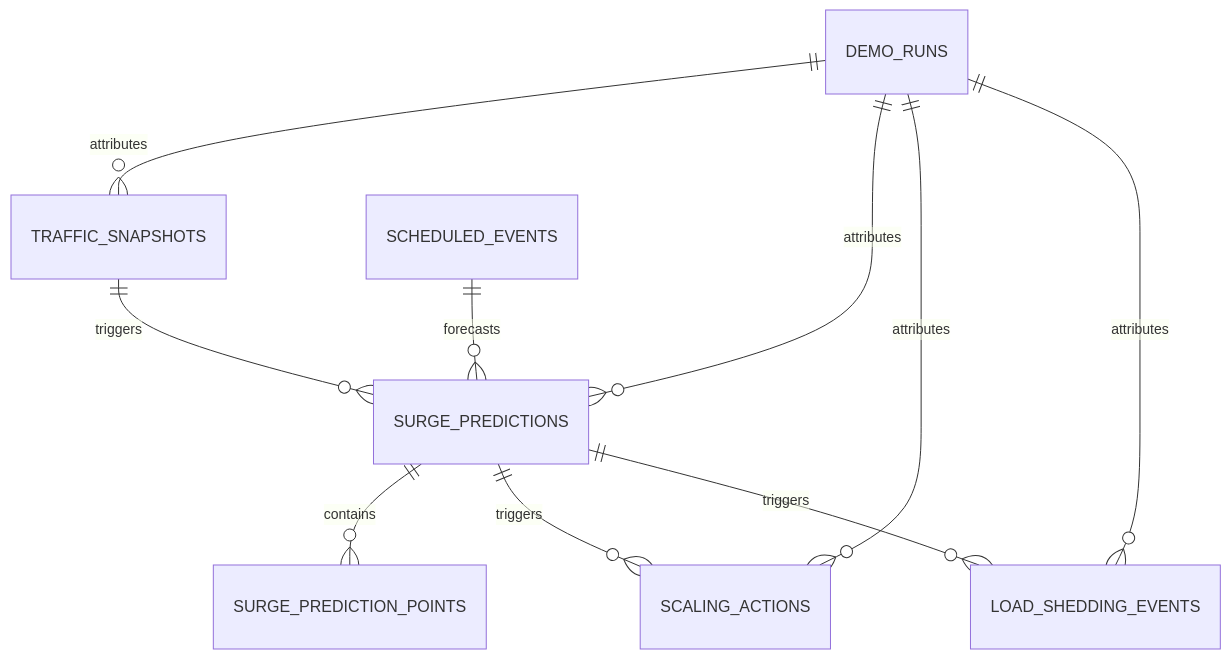
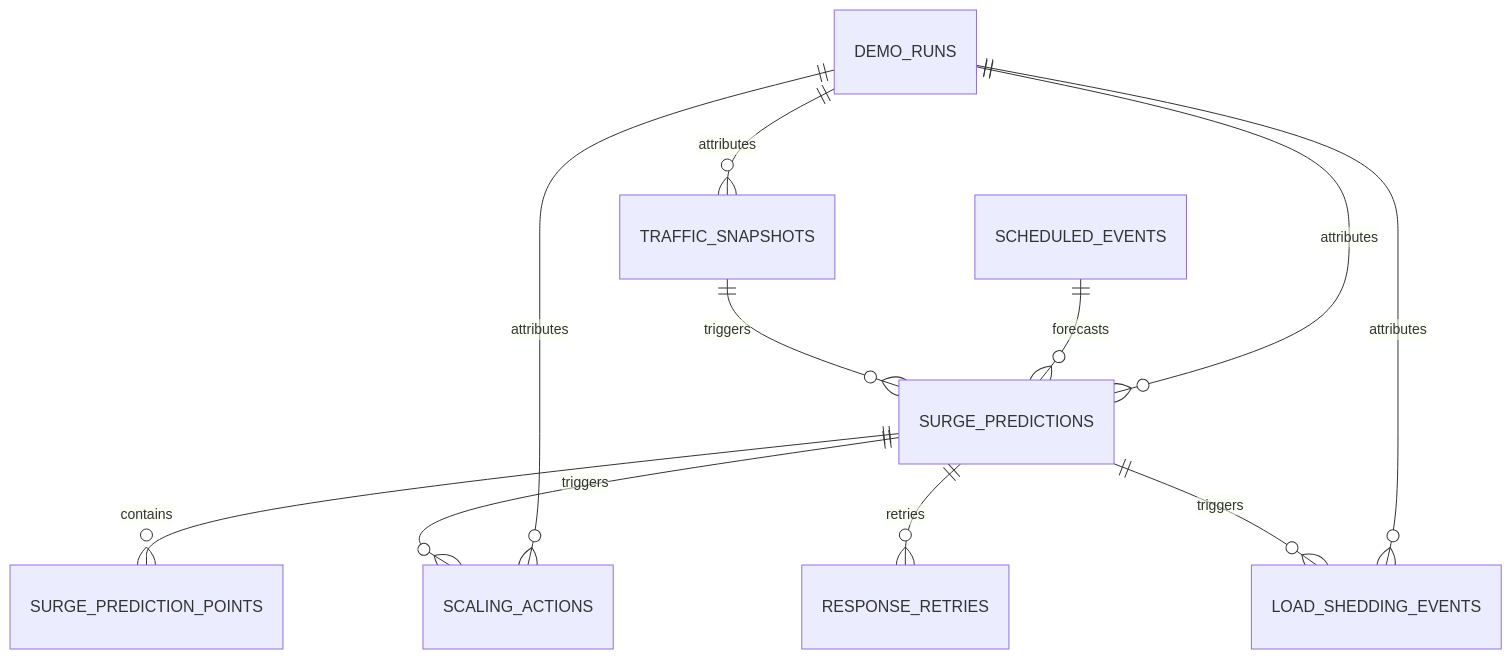
The second of 2 diagrams in docs/architecture.md (Suryavarma333/pulse-engine), drawn with Mermaid before and after one commit. The commit also changed other lines of this file and 44 other files, not shown here.

````diff
--- a/docs/architecture.md
+++ b/docs/architecture.md
@@ -82,12 +86,13 @@
 ```mermaid
 erDiagram
   DEMO_RUNS ||--o{ TRAFFIC_SNAPSHOTS : attributes
   DEMO_RUNS ||--o{ SURGE_PREDICTIONS : attributes
   DEMO_RUNS ||--o{ SCALING_ACTIONS : attributes
   DEMO_RUNS ||--o{ LOAD_SHEDDING_EVENTS : attributes
   SCHEDULED_EVENTS ||--o{ SURGE_PREDICTIONS : forecasts
   SURGE_PREDICTIONS ||--o{ SURGE_PREDICTION_POINTS : contains
   SURGE_PREDICTIONS ||--o{ SCALING_ACTIONS : triggers
   SURGE_PREDICTIONS ||--o{ LOAD_SHEDDING_EVENTS : triggers
+  SURGE_PREDICTIONS ||--o{ RESPONSE_RETRIES : retries
   TRAFFIC_SNAPSHOTS ||--o{ SURGE_PREDICTIONS : triggers
 ```
````
